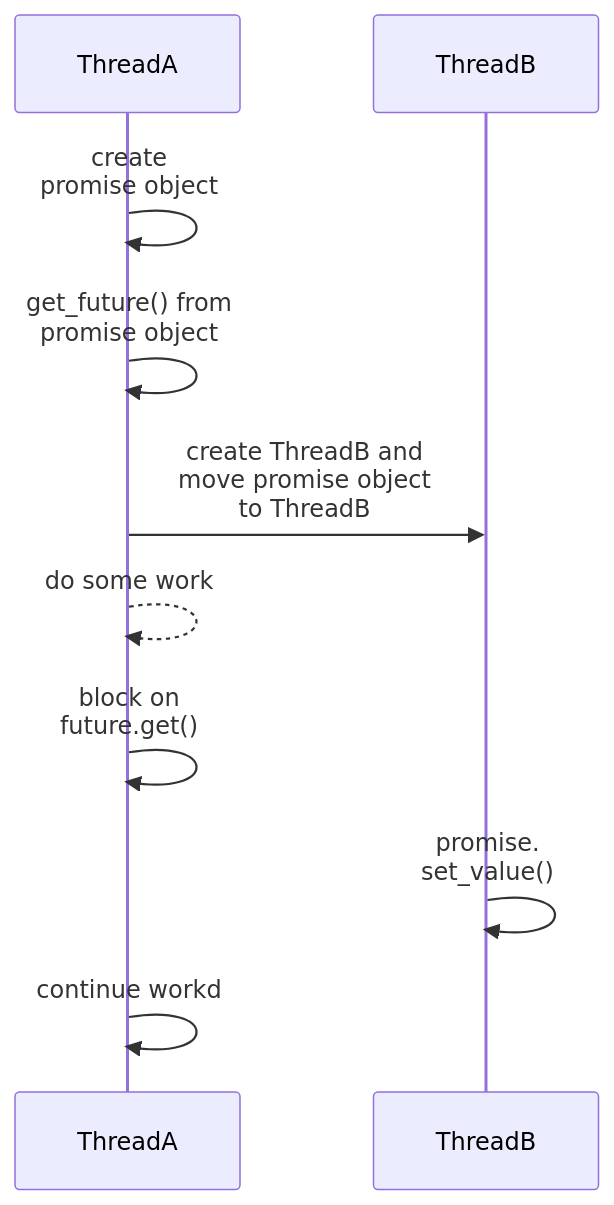
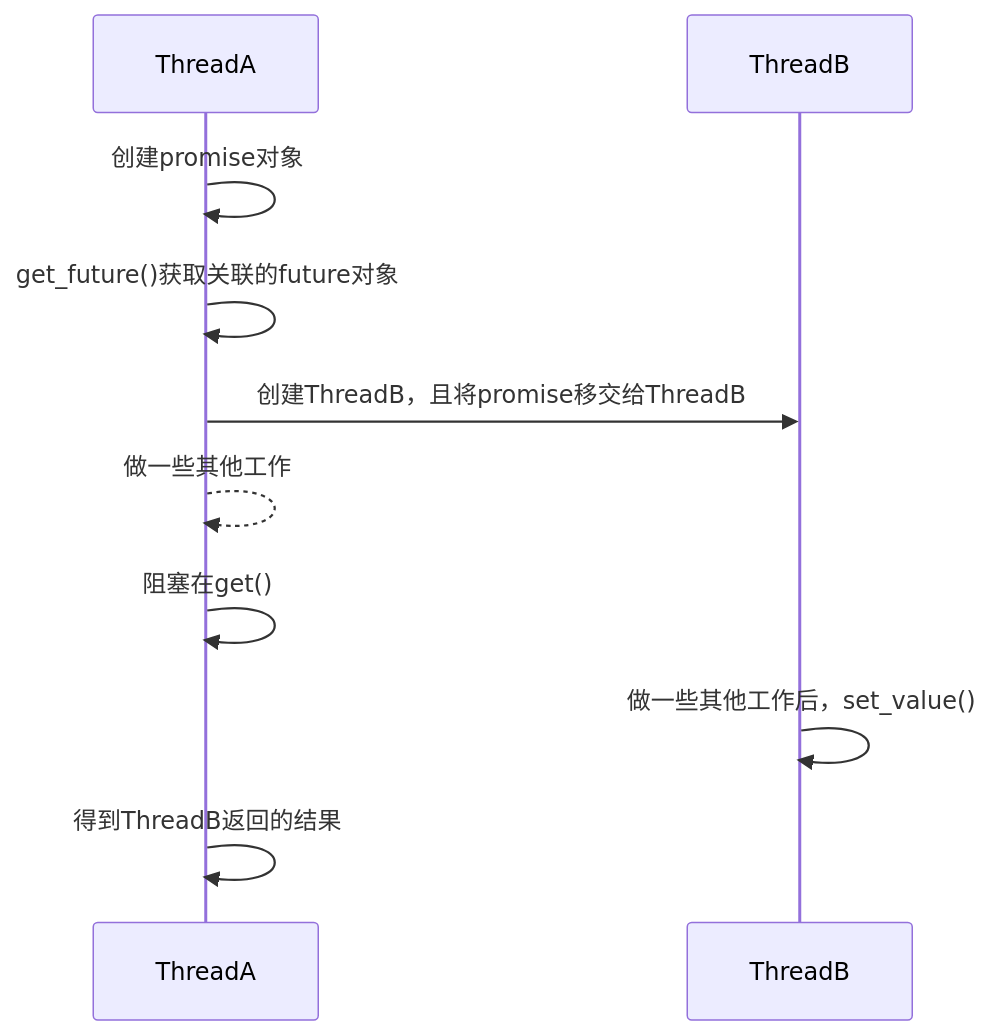
One commit to errlst/notes changed the diagram in 1.Cpp/7.并发/4.异步.md. Above: the diagram before and after it, drawn with Mermaid. The commit also changed other lines of this file and 12 other files, not shown here.

````diff
--- a/1.Cpp/7.并发/4.异步.md
+++ b/1.Cpp/7.并发/4.异步.md
@@ -40,14 +42,14 @@
-  ```mermaid
-  sequenceDiagram
-  
-  participant ThreadA
-  participant ThreadB
-  
-  ThreadA->>ThreadA:create <br> promise object
-  ThreadA->>ThreadA:get_future() from <br> promise object
-  ThreadA->>ThreadB:create ThreadB and <br> move promise object <br> to ThreadB
-  ThreadA-->>ThreadA:do some work
-  ThreadA->>ThreadA:block on <br> future.get()
-  ThreadB->>ThreadB:promise.<br>set_value()
-  ThreadA->>ThreadA:continue workd
-  ```
+```mermaid
+sequenceDiagram
+
+participant ThreadA
+participant ThreadB
+
+ThreadA->>ThreadA:创建promise对象
+ThreadA->>ThreadA:get_future()获取关联的future对象
+ThreadA->>ThreadB:创建ThreadB，且将promise移交给ThreadB
+ThreadA-->>ThreadA:做一些其他工作
+ThreadA->>ThreadA:阻塞在get()
+ThreadB->>ThreadB:做一些其他工作后，set_value()
+ThreadA->>ThreadA:得到ThreadB返回的结果
+```
````
